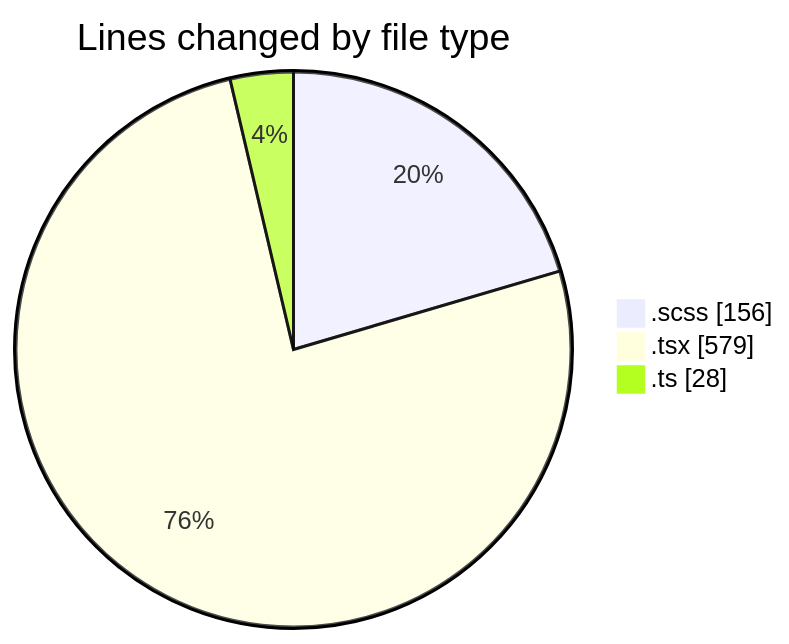
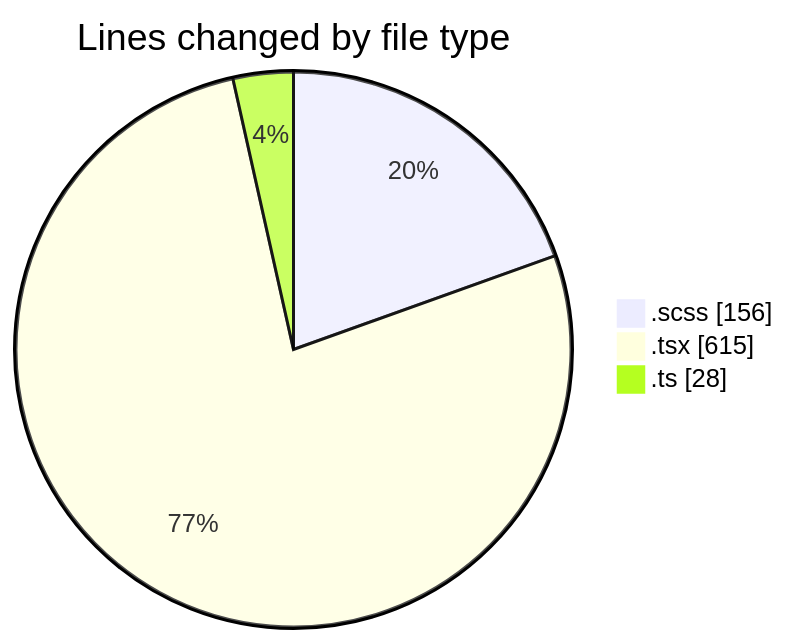
The first of 2 diagrams in 2025-02-10/cda/README.md (momahboobian/code-tracking), drawn with Mermaid before and after one commit. The commit also changed other lines of this file and 1 other file, not shown here.

````diff
--- a/2025-02-10/cda/README.md
+++ b/2025-02-10/cda/README.md
@@ -25,7 +25,7 @@
 ```mermaid
 pie showData
 title Lines changed by file type
 ".scss" : 156
-".tsx" : 579
+".tsx" : 615
 ".ts" : 28
 ```
````
